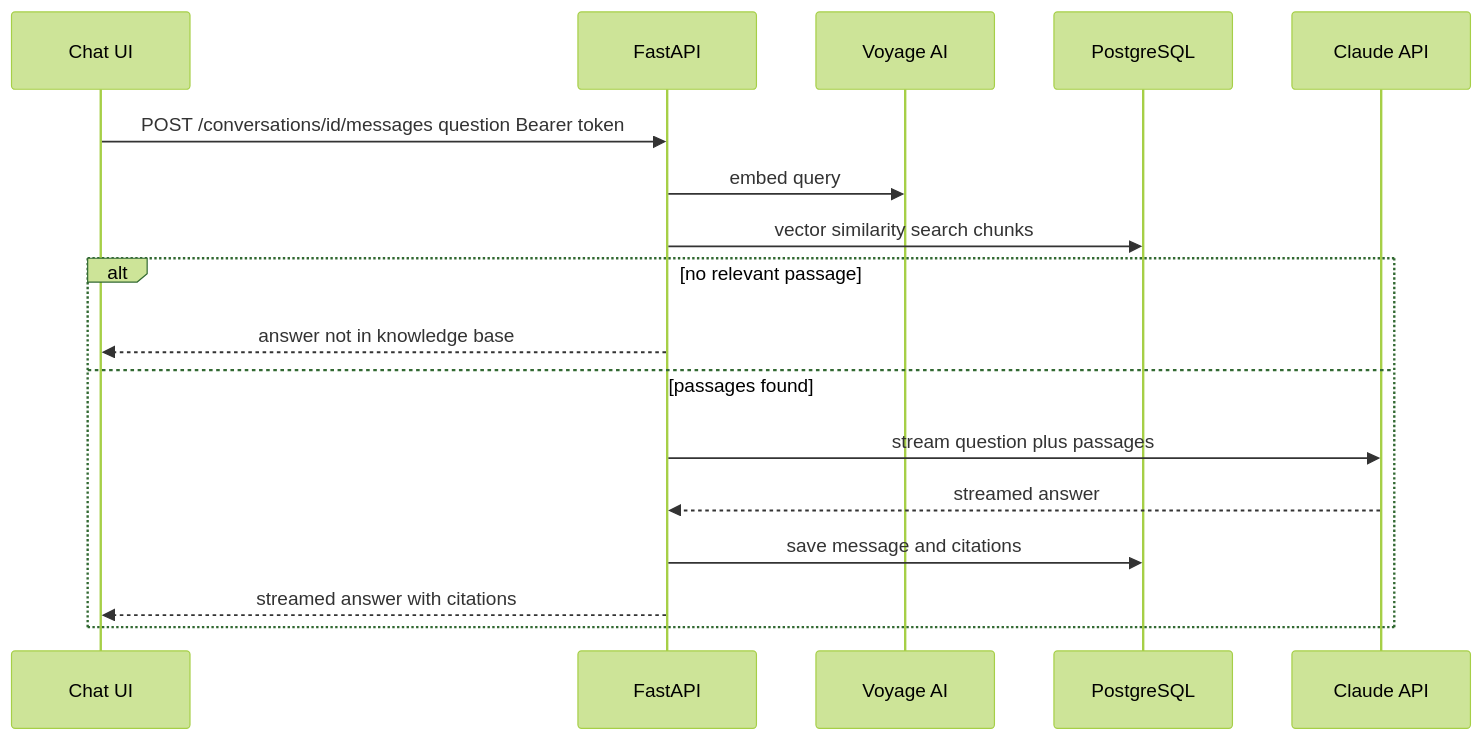
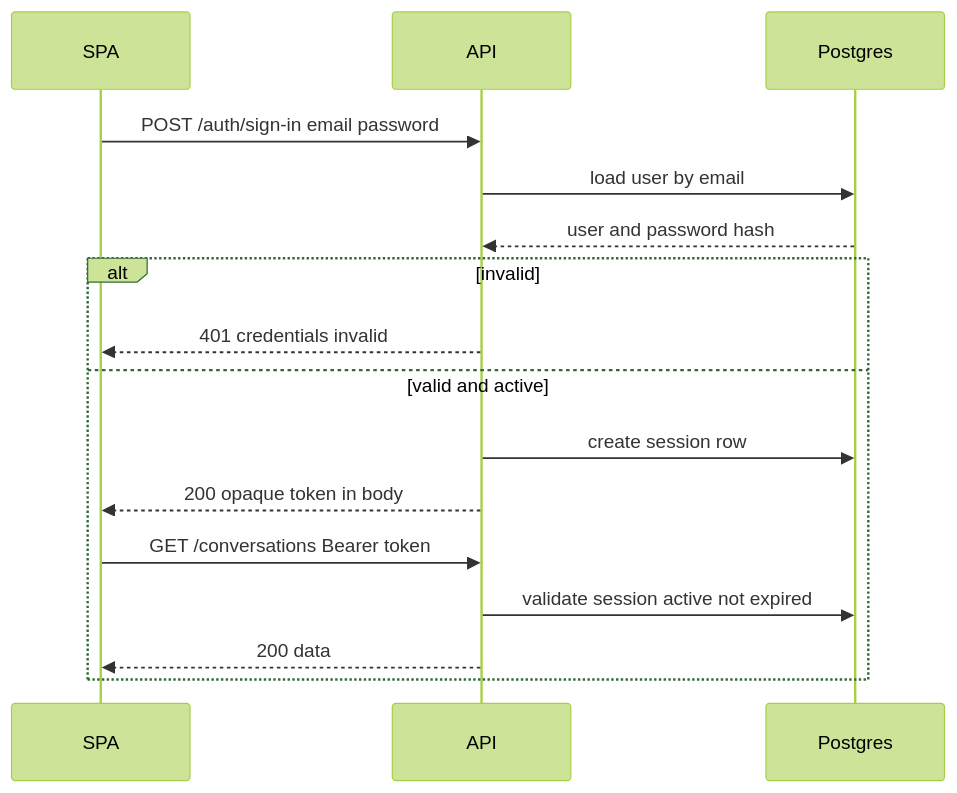
Before and after one commit to saitejaquorq/blogger: the fourth of 5 diagrams in docs/sdlc/architecture/README.md, drawn with Mermaid (forest theme). The commit also changed other lines of this file and 15 other files, not shown here.

````diff
--- a/docs/sdlc/architecture/README.md
+++ b/docs/sdlc/architecture/README.md
@@ -270,19 +369,18 @@
 ```mermaid
 sequenceDiagram
-  participant U as Chat UI
-  participant A as FastAPI
-  participant V as Voyage AI
-  participant D as PostgreSQL
-  participant C as Claude API
-  U->>A: POST /conversations/id/messages question Bearer token
-  A->>V: embed query
-  A->>D: vector similarity search chunks
-  alt no relevant passage
-    A-->>U: answer not in knowledge base
-  else passages found
-    A->>C: stream question plus passages
-    C-->>A: streamed answer
-    A->>D: save message and citations
-    A-->>U: streamed answer with citations
+  participant U as SPA
+  participant A as API
+  participant P as Postgres
+  U->>A: POST /auth/sign-in email password
+  A->>P: load user by email
+  P-->>A: user and password hash
+  alt invalid
+    A-->>U: 401 credentials invalid
+  else valid and active
+    A->>P: create session row
+    A-->>U: 200 opaque token in body
+    U->>A: GET /conversations Bearer token
+    A->>P: validate session active not expired
+    A-->>U: 200 data
   end
 ```
````
